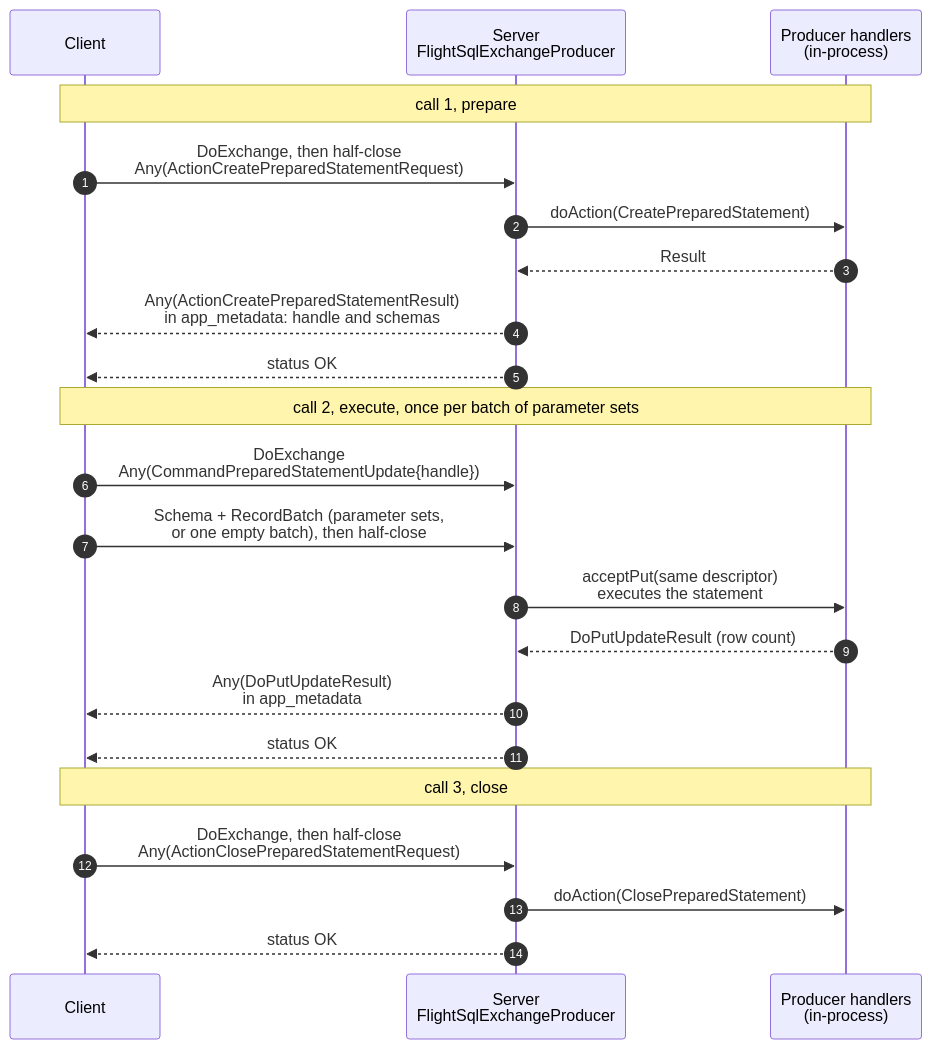
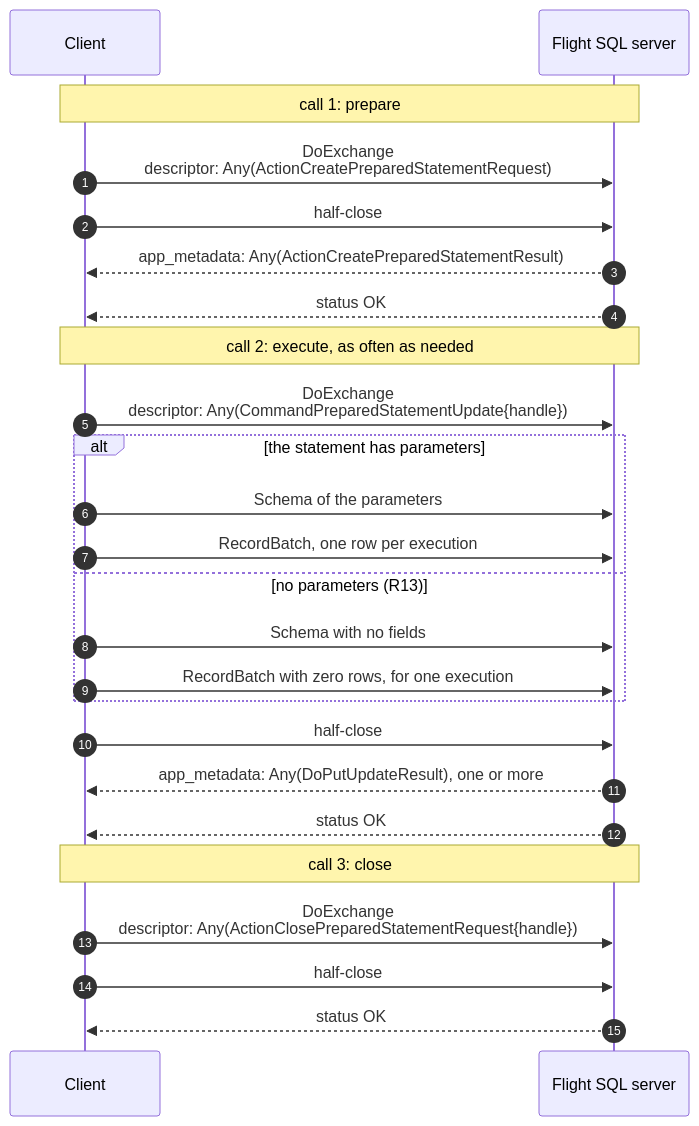
Before and after one commit to xborder/arrow-java: the seventh of 11 diagrams in flight/flight-sql/flight-sql-over-doexchange.md, drawn with Mermaid. The commit also changed other lines of this file, not shown here.

First line of the commit message:
[FlightSQL] Rework the DoExchange notes into a protocol proposal

````diff
--- a/flight/flight-sql/flight-sql-over-doexchange.md
+++ b/flight/flight-sql/flight-sql-over-doexchange.md
@@ -310,24 +395,27 @@
 ```mermaid
 sequenceDiagram
     autonumber
     participant C as Client
-    participant S as Server<br/>FlightSqlExchangeProducer
-    participant P as Producer handlers<br/>(in-process)
-    Note over C,P: call 1, prepare
-    C->>S: DoExchange, then half-close<br/>Any(ActionCreatePreparedStatementRequest)
-    S->>P: doAction(CreatePreparedStatement)
-    P-->>S: Result
-    S-->>C: Any(ActionCreatePreparedStatementResult)<br/>in app_metadata: handle and schemas
+    participant S as Flight SQL server
+    Note over C,S: call 1: prepare
+    C->>S: DoExchange<br/>descriptor: Any(ActionCreatePreparedStatementRequest)
+    C->>S: half-close
+    S-->>C: app_metadata: Any(ActionCreatePreparedStatementResult)
     S-->>C: status OK
-    Note over C,P: call 2, execute, once per batch of parameter sets
-    C->>S: DoExchange<br/>Any(CommandPreparedStatementUpdate{handle})
-    C->>S: Schema + RecordBatch (parameter sets,<br/>or one empty batch), then half-close
-    S->>P: acceptPut(same descriptor)<br/>executes the statement
-    P-->>S: DoPutUpdateResult (row count)
-    S-->>C: Any(DoPutUpdateResult)<br/>in app_metadata
+    Note over C,S: call 2: execute, as often as needed
+    C->>S: DoExchange<br/>descriptor: Any(CommandPreparedStatementUpdate{handle})
+    alt the statement has parameters
+        C->>S: Schema of the parameters
+        C->>S: RecordBatch, one row per execution
+    else no parameters (R13)
+        C->>S: Schema with no fields
+        C->>S: RecordBatch with zero rows, for one execution
+    end
+    C->>S: half-close
+    S-->>C: app_metadata: Any(DoPutUpdateResult), one or more
     S-->>C: status OK
-    Note over C,P: call 3, close
-    C->>S: DoExchange, then half-close<br/>Any(ActionClosePreparedStatementRequest)
-    S->>P: doAction(ClosePreparedStatement)
+    Note over C,S: call 3: close
+    C->>S: DoExchange<br/>descriptor: Any(ActionClosePreparedStatementRequest{handle})
+    C->>S: half-close
     S-->>C: status OK
 ```
````
